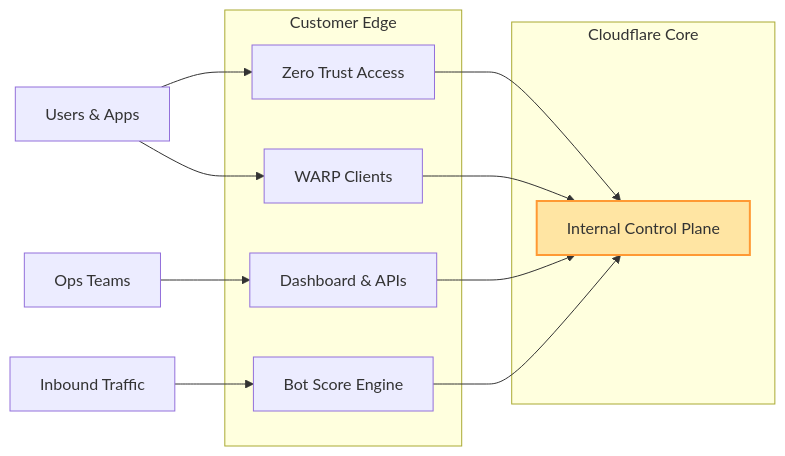
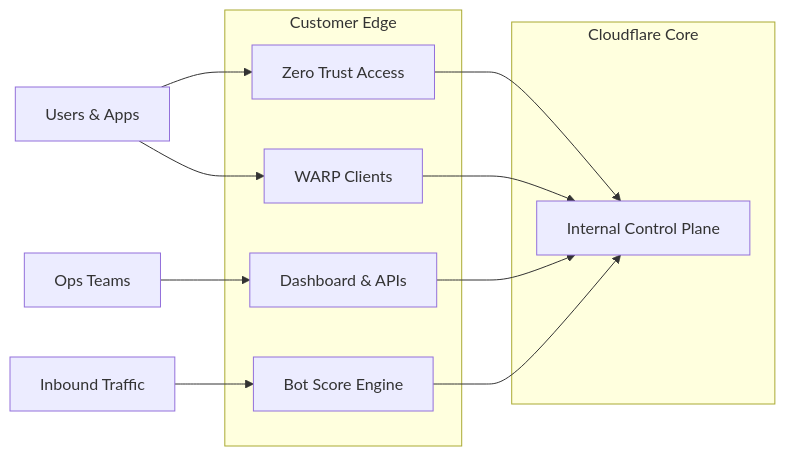
Before and after one commit to isaaclins/isaaclins.github.io: the second of 3 diagrams in content/blog/cloudflare-nov-18-2025-outage.md, drawn with Mermaid. The commit also changed other lines of this file and 2 other files, not shown here.

Commit message:
style: Center align Mermaid diagrams and remove unused styles in blog posts

````diff
--- a/content/blog/cloudflare-nov-18-2025-outage.md
+++ b/content/blog/cloudflare-nov-18-2025-outage.md
@@ -47,25 +47,25 @@
 ```mermaid
 flowchart LR
     subgraph Cloudflare Core
         KV[Internal Control Plane]
     end
 
     subgraph Customer Edge
         Access[Zero Trust Access]
         WARP[WARP Clients]
         Dash[Dashboard & APIs]
         Bots[Bot Score Engine]
     end
 
     Users[Users & Apps] --> Access
     Users --> WARP
     Ops[Ops Teams] --> Dash
     Traffic[Inbound Traffic] --> Bots
 
     Access --> KV
     WARP --> KV
     Dash --> KV
     Bots --> KV
 
-    style KV fill:#ffe5a3,stroke:#ff9933,stroke-width:2px
+
 ```
````
